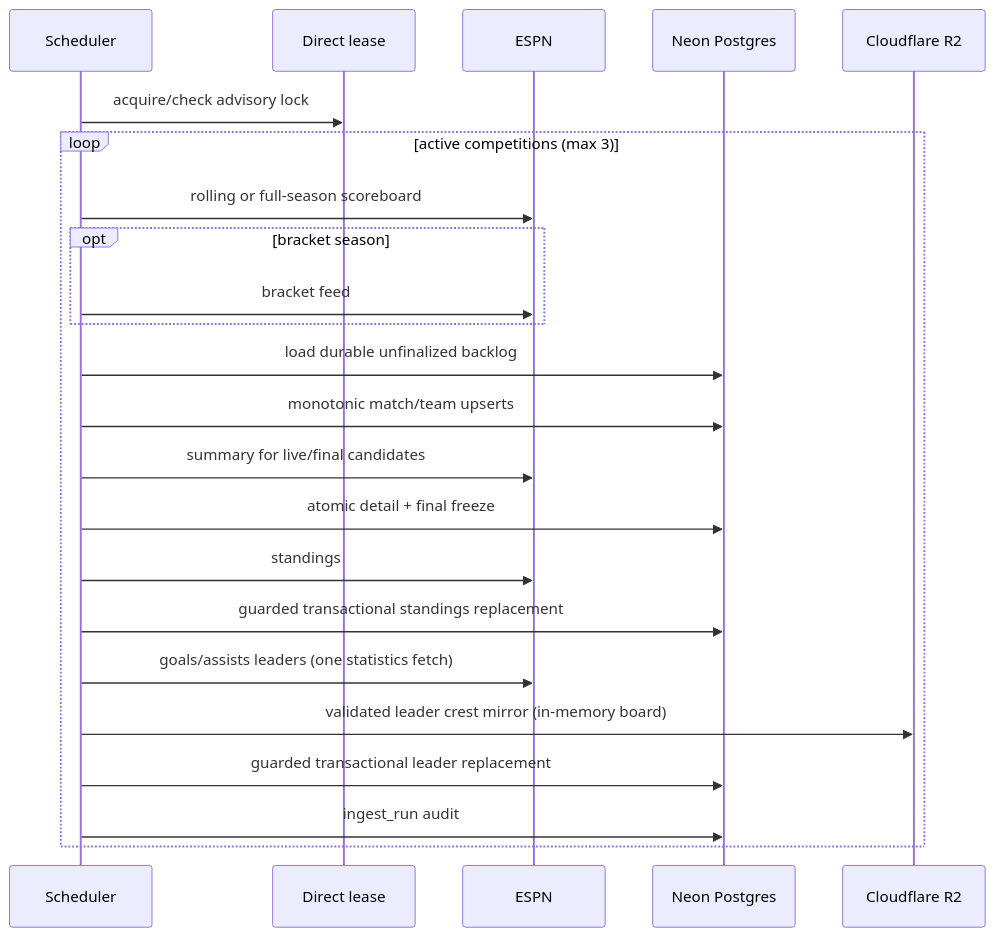
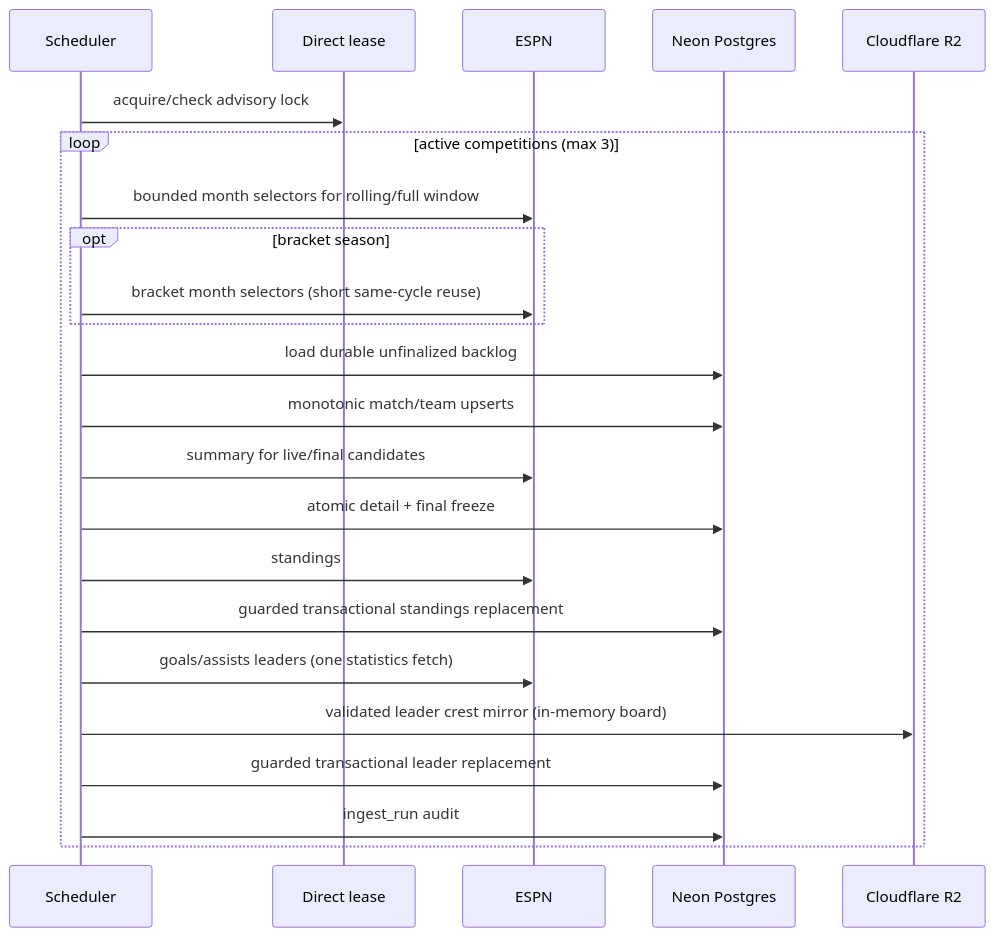
Before and after one commit to mcasillas17/ScoreArc: the second of 4 diagrams in docs/backend/ARCHITECTURE.md, drawn with Mermaid. The commit also changed other lines of this file and 21 other files, not shown here.

First line of the commit message:
fix: reconcile scoreboard windows with bounded monthly requests (#183)

````diff
--- a/docs/backend/ARCHITECTURE.md
+++ b/docs/backend/ARCHITECTURE.md
@@ -408,26 +414,26 @@
 ```mermaid
 sequenceDiagram
   participant S as Scheduler
   participant L as Direct lease
   participant E as ESPN
   participant P as Neon Postgres
   participant R as Cloudflare R2
 
   S->>L: acquire/check advisory lock
   loop active competitions (max 3)
-    S->>E: rolling or full-season scoreboard
+    S->>E: bounded month selectors for rolling/full window
     opt bracket season
-      S->>E: bracket feed
+      S->>E: bracket month selectors (short same-cycle reuse)
     end
     S->>P: load durable unfinalized backlog
     S->>P: monotonic match/team upserts
     S->>E: summary for live/final candidates
     S->>P: atomic detail + final freeze
     S->>E: standings
     S->>P: guarded transactional standings replacement
     S->>E: goals/assists leaders (one statistics fetch)
     S->>R: validated leader crest mirror (in-memory board)
     S->>P: guarded transactional leader replacement
     S->>P: ingest_run audit
   end
 ```
````
